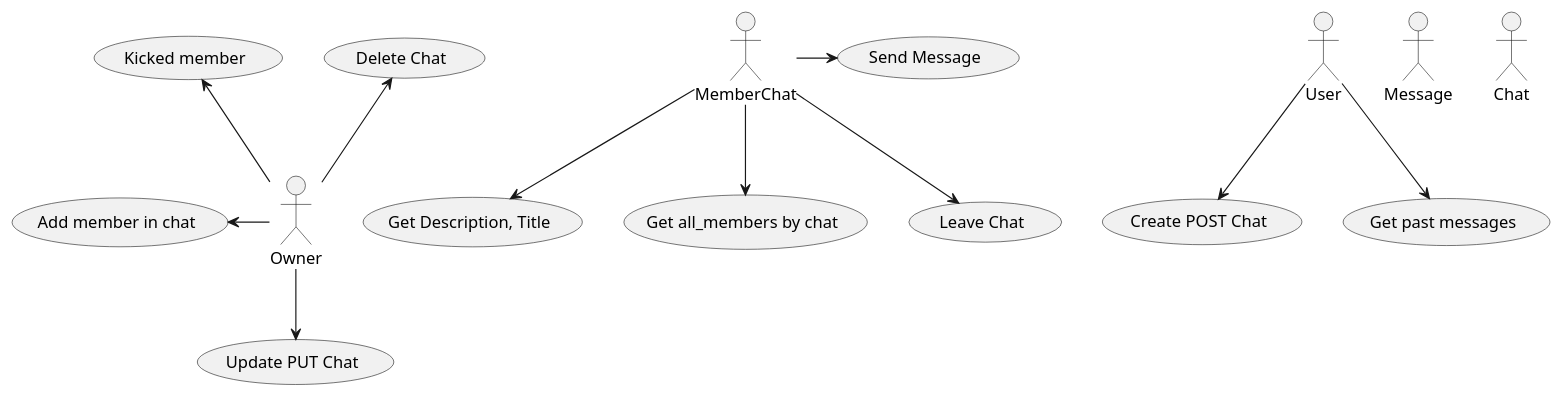
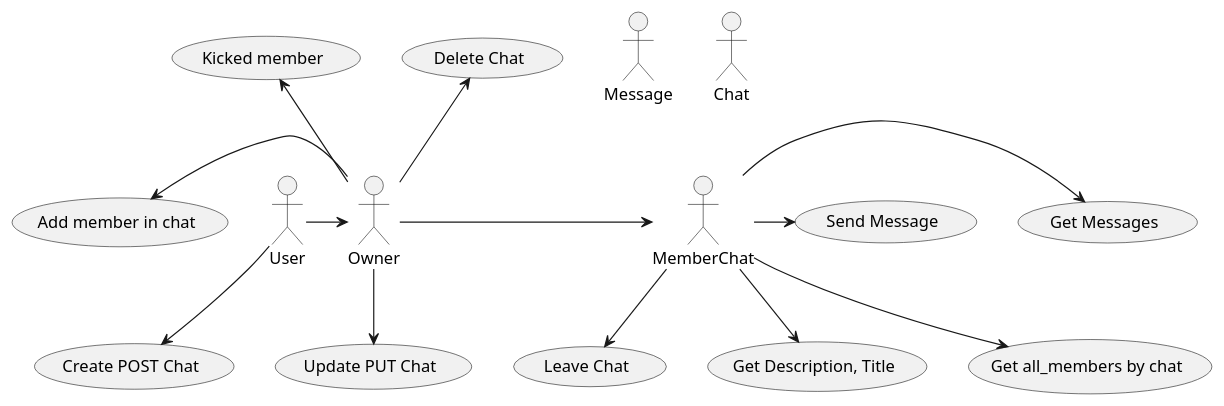
The diagram in zUML/cases.puml (AleksejMoiseev/app_chat), drawn with PlantUML before and after one commit. The commit also changed 11 other files, not shown here.

```diff
--- a/zUML/cases.puml
+++ b/zUML/cases.puml
@@ -1,29 +1,31 @@
 @startuml
 :MemberChat:
 :User:
 :Message:
 :Chat:
 :Owner:
 
 (Create POST Chat)
 (Update PUT Chat)
 (Delete Chat)
 (Get Description, Title)
 (Get all_members by chat)
 (Add member in chat)
 (Kicked member)
 (Leave Chat)
 (Send Message)
-(Get past messages)
+(Get Messages)
 
-User -d-> (Get past messages)
+MemberChat -r-> (Get Messages)
 MemberChat -r-> (Send Message)
 MemberChat -d->(Leave Chat)
 User -d-> (Create POST Chat)
 Owner -d-> (Update PUT Chat)
 Owner -up-> (Delete Chat)
 MemberChat -d-> (Get Description, Title)
 MemberChat -d-> (Get all_members by chat)
 Owner -l-> (Add member in chat)
 Owner -up-> (Kicked member)
+User -> Owner
+Owner -> MemberChat
 @enduml
```
